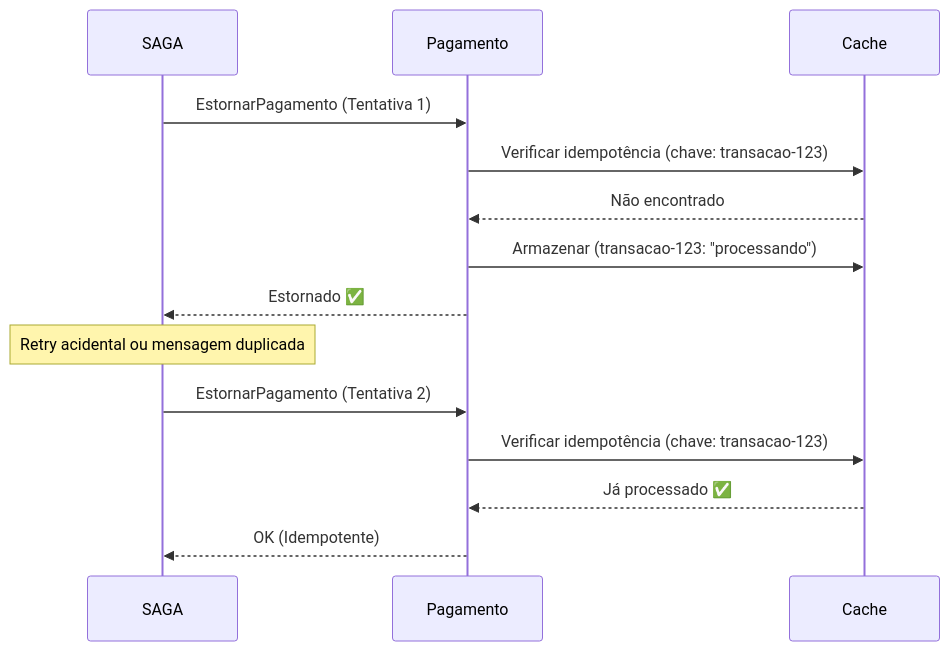
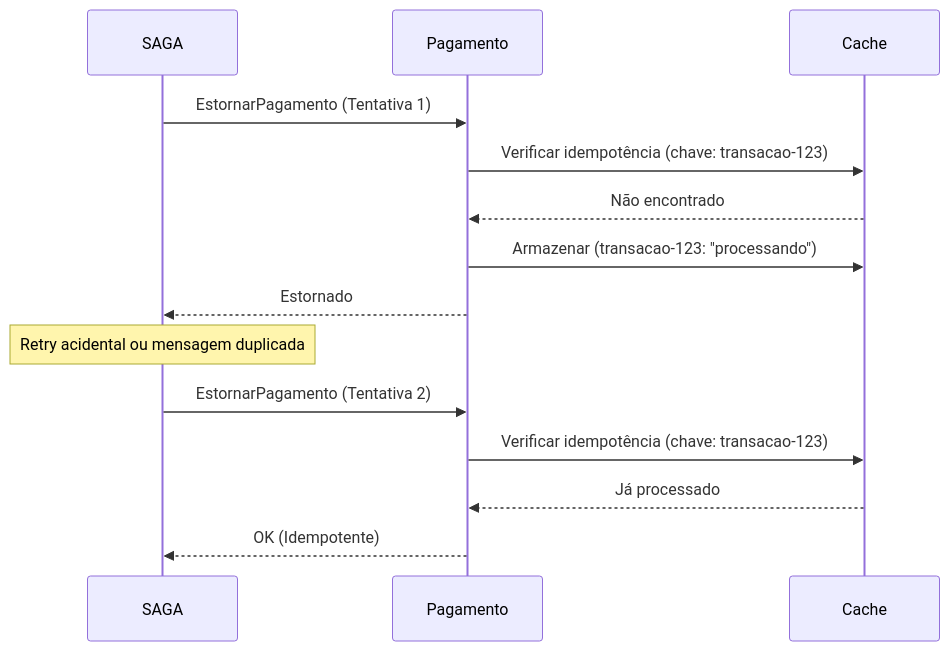
One commit to felipemarcianodev/saga-poc-dotnet changed the sixth of 9 diagrams in docs/diagramas-compensacao.md. Above: the diagram before and after it, drawn with Mermaid. The commit also changed other lines of this file and 70 other files, not shown here.

````diff
--- a/docs/diagramas-compensacao.md
+++ b/docs/diagramas-compensacao.md
@@ -196,19 +196,19 @@
 ```mermaid
 sequenceDiagram
     participant SAGA
     participant Pagamento
     participant Cache
 
     SAGA->>Pagamento: EstornarPagamento (Tentativa 1)
     Pagamento->>Cache: Verificar idempotência (chave: transacao-123)
     Cache-->>Pagamento: Não encontrado
     Pagamento->>Cache: Armazenar (transacao-123: "processando")
-    Pagamento-->>SAGA: Estornado ✅
+    Pagamento-->>SAGA: Estornado
 
     Note over SAGA: Retry acidental ou mensagem duplicada
 
     SAGA->>Pagamento: EstornarPagamento (Tentativa 2)
     Pagamento->>Cache: Verificar idempotência (chave: transacao-123)
-    Cache-->>Pagamento: Já processado ✅
+    Cache-->>Pagamento: Já processado
     Pagamento-->>SAGA: OK (Idempotente)
 ```
````
